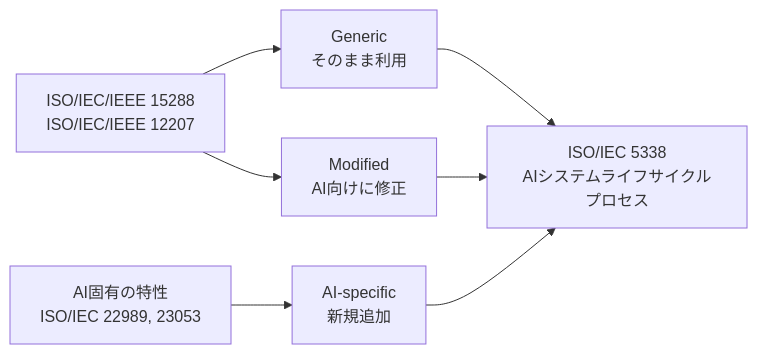
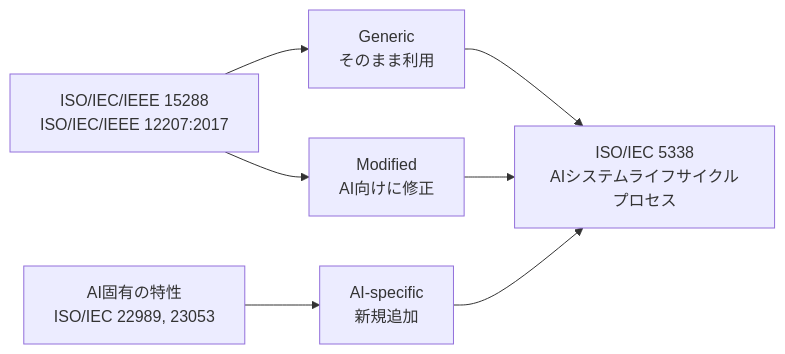
The fourth of 10 diagrams in Iso-iec-5338-guide.md (myoshi2891/Quality-Assurance-Studies), drawn with Mermaid before and after one commit. The commit also changed other lines of this file, not shown here.

Commit message:
docs(iso-5338): 引用規格のISO/IEC/IEEE 12207を12207:2017版数明記に更新

````diff
--- a/Iso-iec-5338-guide.md
+++ b/Iso-iec-5338-guide.md
@@ -154,9 +154,9 @@
 ```mermaid
 flowchart LR
-    BASE["ISO/IEC/IEEE 15288<br/>ISO/IEC/IEEE 12207"] --> G["Generic<br/>そのまま利用"]
+    BASE["ISO/IEC/IEEE 15288<br/>ISO/IEC/IEEE 12207:2017"] --> G["Generic<br/>そのまま利用"]
     BASE --> M["Modified<br/>AI向けに修正"]
     NEW["AI固有の特性<br/>ISO/IEC 22989, 23053"] --> AI["AI-specific<br/>新規追加"]
     G --> OUT["ISO/IEC 5338<br/>AIシステムライフサイクルプロセス"]
     M --> OUT
     AI --> OUT
 ```
````
